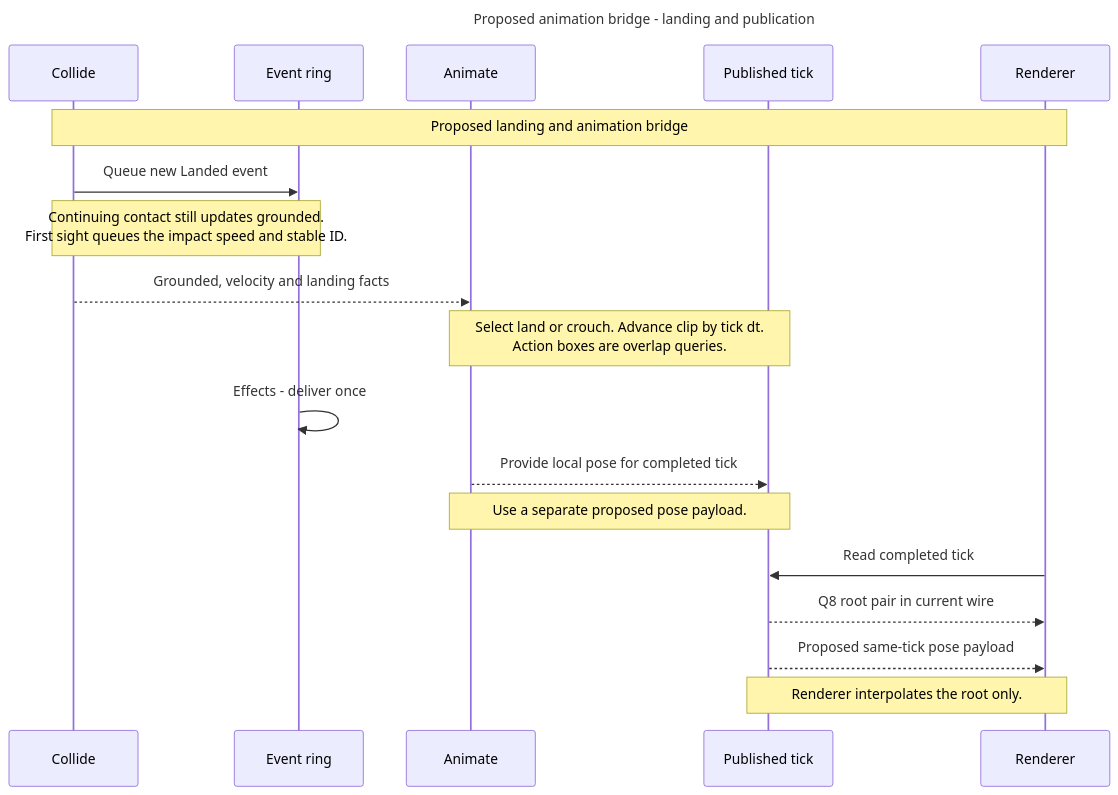
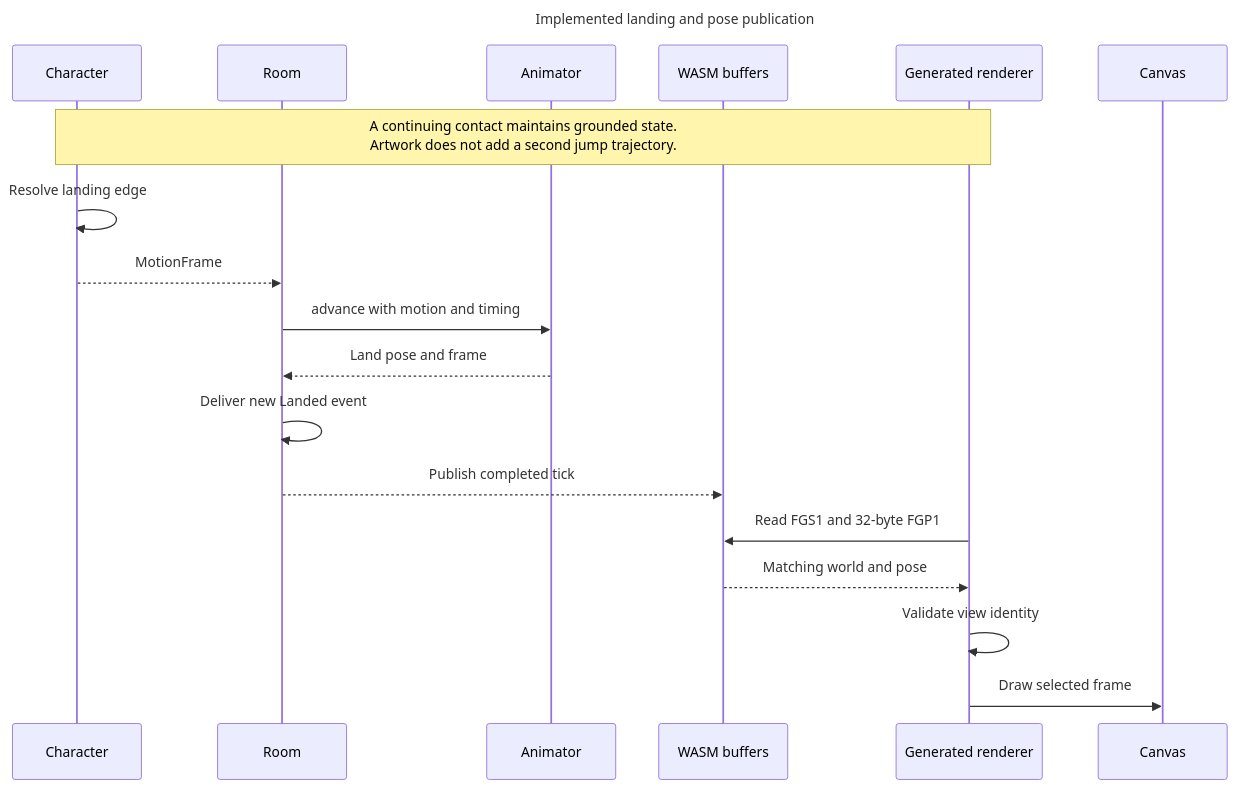
The diagram in docs/architecture/diagrams/mermaid/game-physics-animation.mmd (roachmaster/homelab), drawn with Mermaid before and after one commit. The commit also changed 120 other files, not shown here.

```diff
--- a/docs/architecture/diagrams/mermaid/game-physics-animation.mmd
+++ b/docs/architecture/diagrams/mermaid/game-physics-animation.mmd
@@ -1,21 +1,21 @@
 ---
-title: Proposed animation bridge - landing and publication
+title: Implemented landing and pose publication
 ---
 sequenceDiagram
-    participant P as Collide
-    participant Q as Event ring
-    participant A as Animate
-    participant S as Published tick
-    participant R as Renderer
-    Note over P,R: Proposed landing and animation bridge
-    P->>Q: Queue new Landed event
-    Note over P,Q: Continuing contact still updates grounded.<br/>First sight queues the impact speed and stable ID.
-    P-->>A: Grounded, velocity and landing facts
-    Note over A,S: Select land or crouch. Advance clip by tick dt.<br/>Action boxes are overlap queries.
-    Q->>Q: Effects - deliver once
-    A-->>S: Provide local pose for completed tick
-    Note over A,S: Use a separate proposed pose payload.
-    R->>S: Read completed tick
-    S-->>R: Q8 root pair in current wire
-    S-->>R: Proposed same-tick pose payload
-    Note over S,R: Renderer interpolates the root only.
+    participant C as Character
+    participant R as Room
+    participant A as Animator
+    participant W as WASM buffers
+    participant B as Generated renderer
+    participant V as Canvas
+    Note over C,B: A continuing contact maintains grounded state.<br/>Artwork does not add a second jump trajectory.
+    C->>C: Resolve landing edge
+    C-->>R: MotionFrame
+    R->>A: advance with motion and timing
+    A-->>R: Land pose and frame
+    R->>R: Deliver new Landed event
+    R-->>W: Publish completed tick
+    B->>W: Read FGS1 and 32-byte FGP1
+    W-->>B: Matching world and pose
+    B->>B: Validate view identity
+    B->>V: Draw selected frame
```
